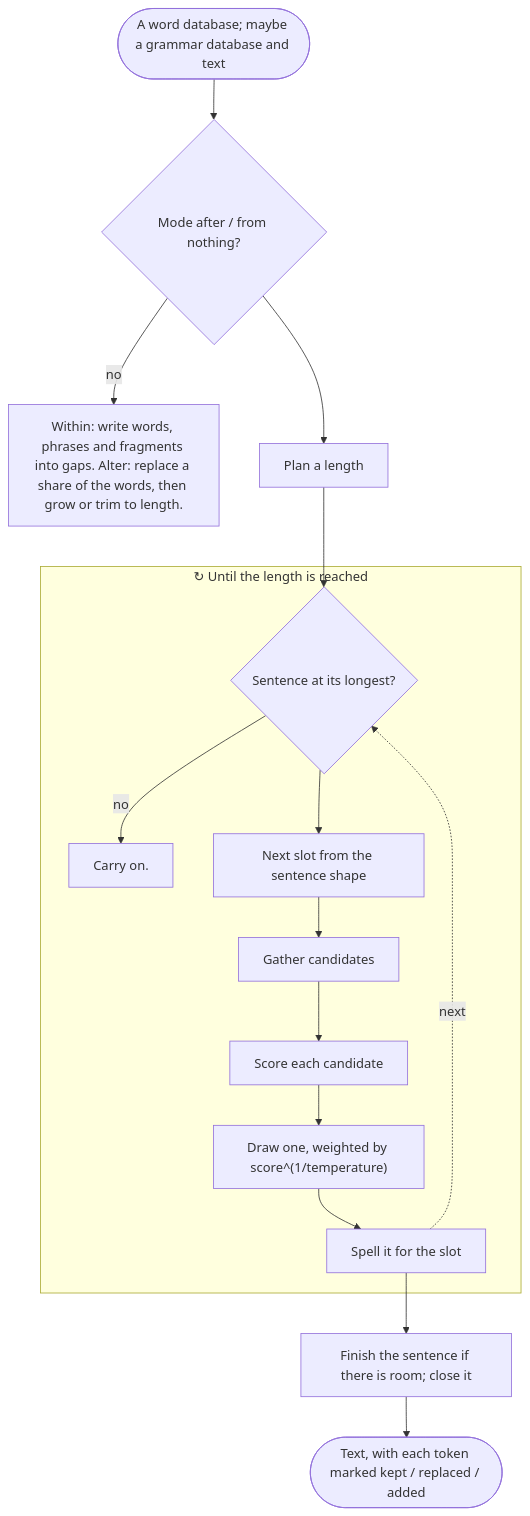
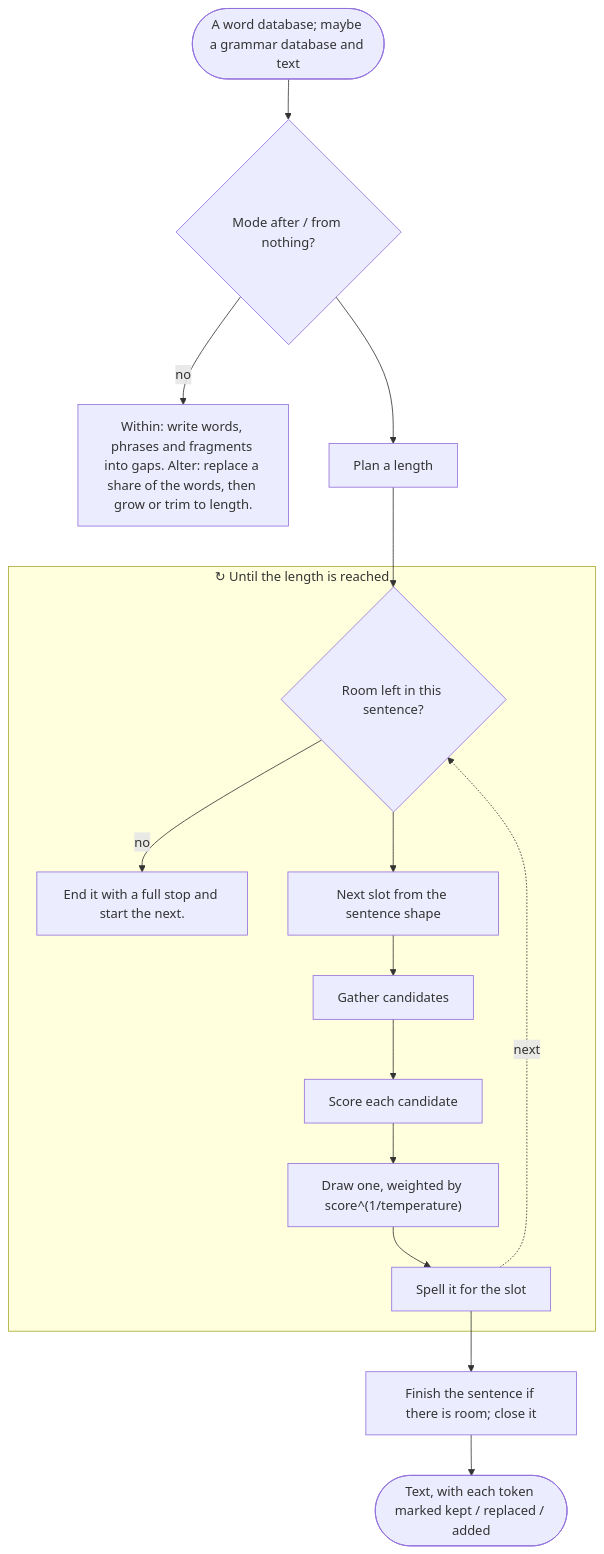
Diagram 26 of 29 in docs/ALGORITHMS.md (MabzGamesStudio/VibeToon), drawn with Mermaid before and after one commit. The commit also changed other lines of this file and 7 other files, not shown here.

````diff
--- a/docs/ALGORITHMS.md
+++ b/docs/ALGORITHMS.md
@@ -2664,31 +2664,31 @@
 ```mermaid
 flowchart TD
   s1(["A word database; maybe a grammar database and text"])
   s2{"Mode after / from nothing?"}
   s3["Within: write words, phrases and fragments into gaps. Alter: replace a share of the words, then grow or trim to length."]
   s2 -- no --> s3
   s1 --> s2
   s4["Plan a length"]
   s2 --> s4
   subgraph s5["↻ Until the length is reached"]
-    s6{"Sentence at its longest?"}
-    s7["Carry on."]
+    s6{"Room left in this sentence?"}
+    s7["End it with a full stop and start the next."]
     s6 -- no --> s7
     s8["Next slot from the sentence shape"]
     s6 --> s8
     s9["Gather candidates"]
     s8 --> s9
     s10["Score each candidate"]
     s9 --> s10
     s11["Draw one, weighted by score^(1/temperature)"]
     s10 --> s11
     s12["Spell it for the slot"]
     s11 --> s12
   end
   s12 -. next .-> s6
   s4 --> s6
   s13["Finish the sentence if there is room; close it"]
   s12 --> s13
   s14(["Text, with each token marked kept / replaced / added"])
   s13 --> s14
 ```
````
